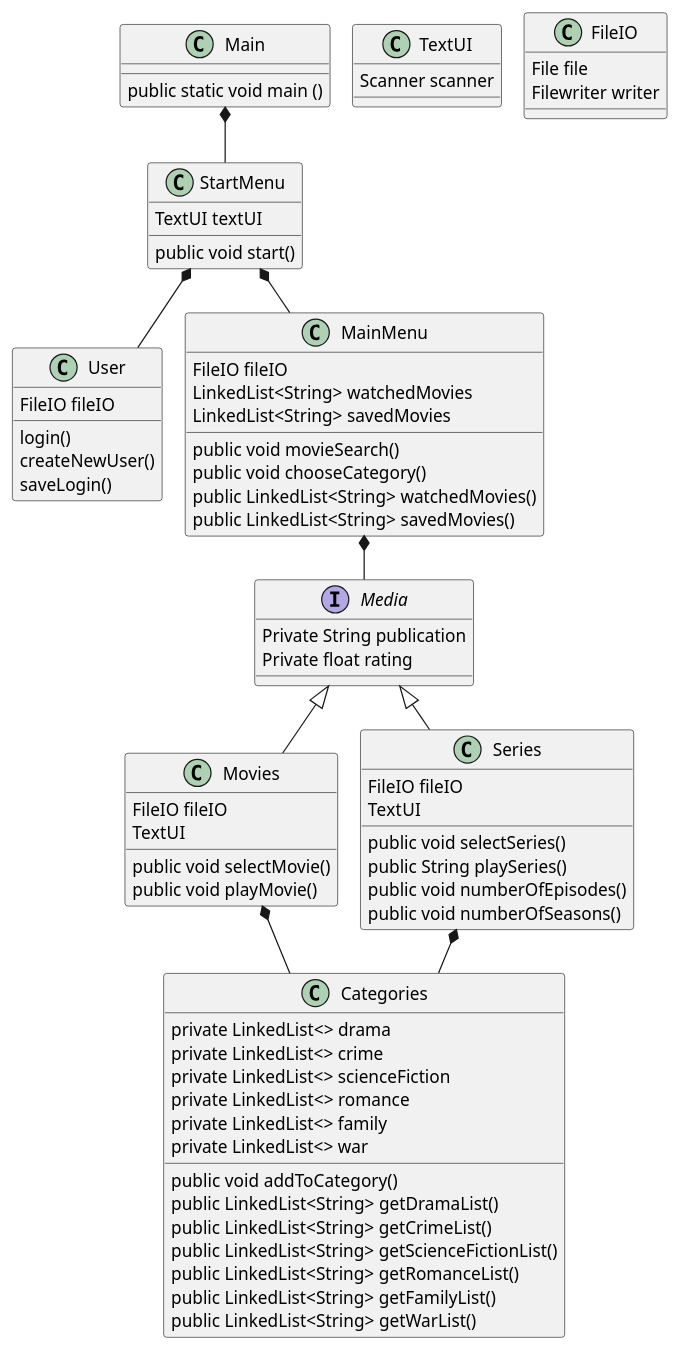
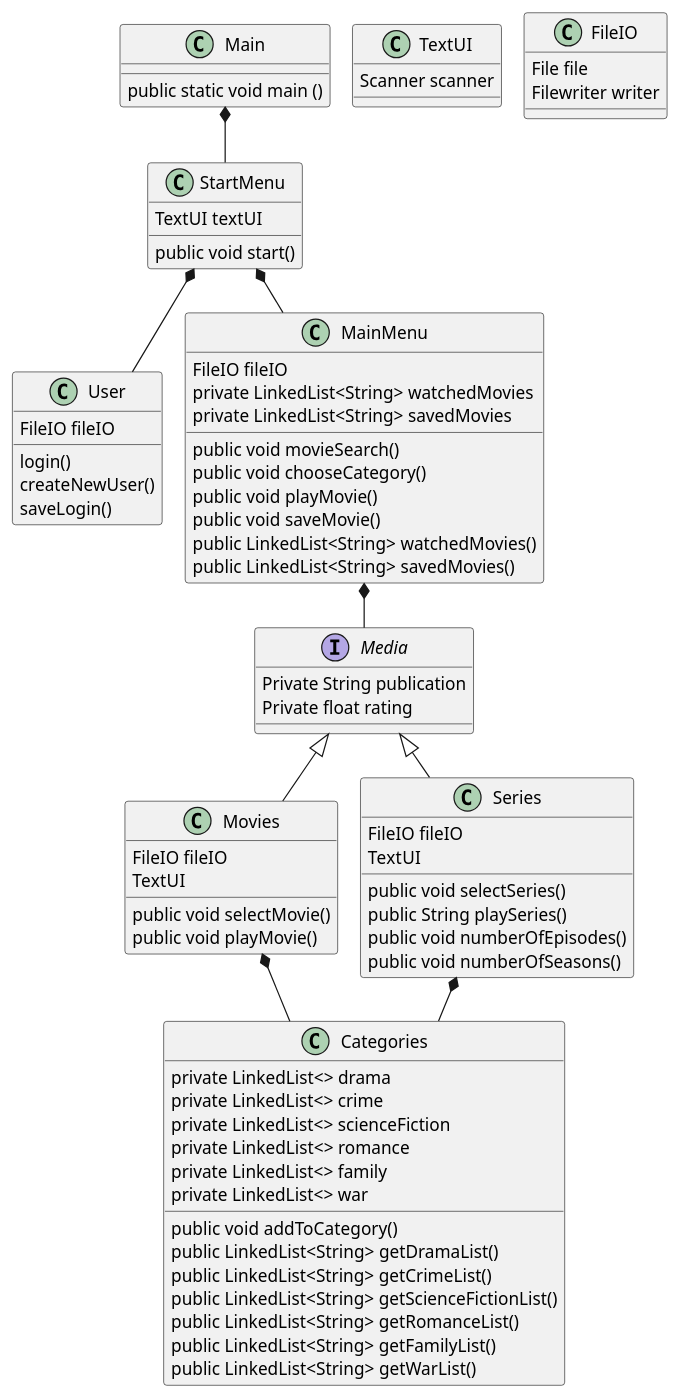
One commit to MichellaBech/SP3 changed the diagram in .idea/Class.puml. Above: the diagram before and after it, drawn with PlantUML.

```diff
--- a/.idea/Class.puml
+++ b/.idea/Class.puml
@@ -1,104 +1,106 @@
 @startuml
 'https://plantuml.com/class-diagram
 !pragma layout smetana
 
 class Movies
 class Series
 interface Media
 class Categories
 class User
 class StartMenu
 class MainMenu
 class Main
 class TextUI
 class FileIO
 
 
 Media <|-- Movies
 Media <|-- Series
 
 Movies *-- Categories
 Series *-- Categories
 StartMenu *-- User
 StartMenu *-- MainMenu
 Main *-- StartMenu
 MainMenu *-- Media
 
 
 class TextUI
 {
 Scanner scanner
 }
 
 class FileIO {
 File file
 Filewriter writer
 }
 
 class Main {
 public static void main ()
 }
 
 class StartMenu {
 TextUI textUI
 public void start()
 
 }
 
 class Categories {
 private LinkedList<> drama
 private LinkedList<> crime
 private LinkedList<> scienceFiction
 private LinkedList<> romance
 private LinkedList<> family
 private LinkedList<> war
 
 public void addToCategory()
 public LinkedList<String> getDramaList()
 public LinkedList<String> getCrimeList()
 public LinkedList<String> getScienceFictionList()
 public LinkedList<String> getRomanceList()
 public LinkedList<String> getFamilyList()
 public LinkedList<String> getWarList()
 }
 
 Interface Media {
 Private String publication
 Private float rating
 }
 
 class Movies{
 FileIO fileIO
 TextUI
 public void selectMovie()
 public void playMovie()
 }
 
 class Series {
 FileIO fileIO
 TextUI
 public void selectSeries()
 public String playSeries()
 public void numberOfEpisodes()
 public void numberOfSeasons()
 }
 
 class User{
 FileIO fileIO
 login()
 createNewUser()
 saveLogin()
 }
 
 class MainMenu {
 FileIO fileIO
-LinkedList<String> watchedMovies
-LinkedList<String> savedMovies
+private LinkedList<String> watchedMovies
+private LinkedList<String> savedMovies
 public void movieSearch()
 public void chooseCategory()
+public void playMovie()
+public void saveMovie()
 public LinkedList<String> watchedMovies()
 public LinkedList<String> savedMovies()
 }
 
 
 @enduml
```
